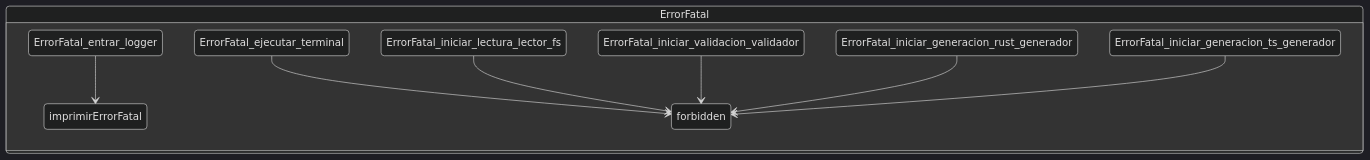
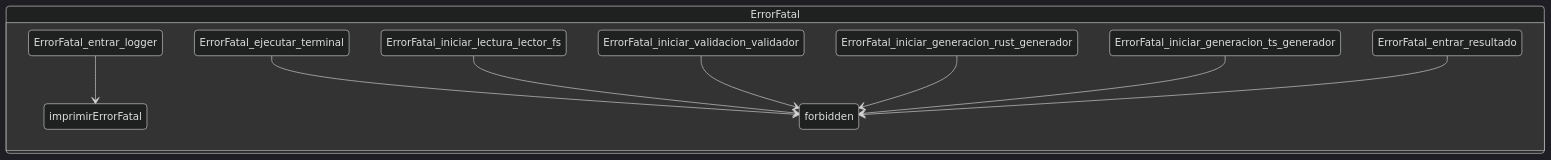
One commit to cepeche/Trenza-DSL changed the sixth of 8 diagrams in spec/reference/trenza-cli/generated/CLI_Trenza_viz.md. Above: the diagram before and after it, drawn with Mermaid (dark theme). The commit also changed other lines of this file and 11 other files, not shown here.

````diff
--- a/spec/reference/trenza-cli/generated/CLI_Trenza_viz.md
+++ b/spec/reference/trenza-cli/generated/CLI_Trenza_viz.md
@@ -90,13 +94,14 @@
 ```mermaid
 stateDiagram-v2
 
     state ErrorFatal {
         ErrorFatal_entrar_logger --> imprimirErrorFatal
         ErrorFatal_ejecutar_terminal --> forbidden
         ErrorFatal_iniciar_lectura_lector_fs --> forbidden
         ErrorFatal_iniciar_validacion_validador --> forbidden
         ErrorFatal_iniciar_generacion_rust_generador --> forbidden
         ErrorFatal_iniciar_generacion_ts_generador --> forbidden
+        ErrorFatal_entrar_resultado --> forbidden
     }
 
 ```
````
